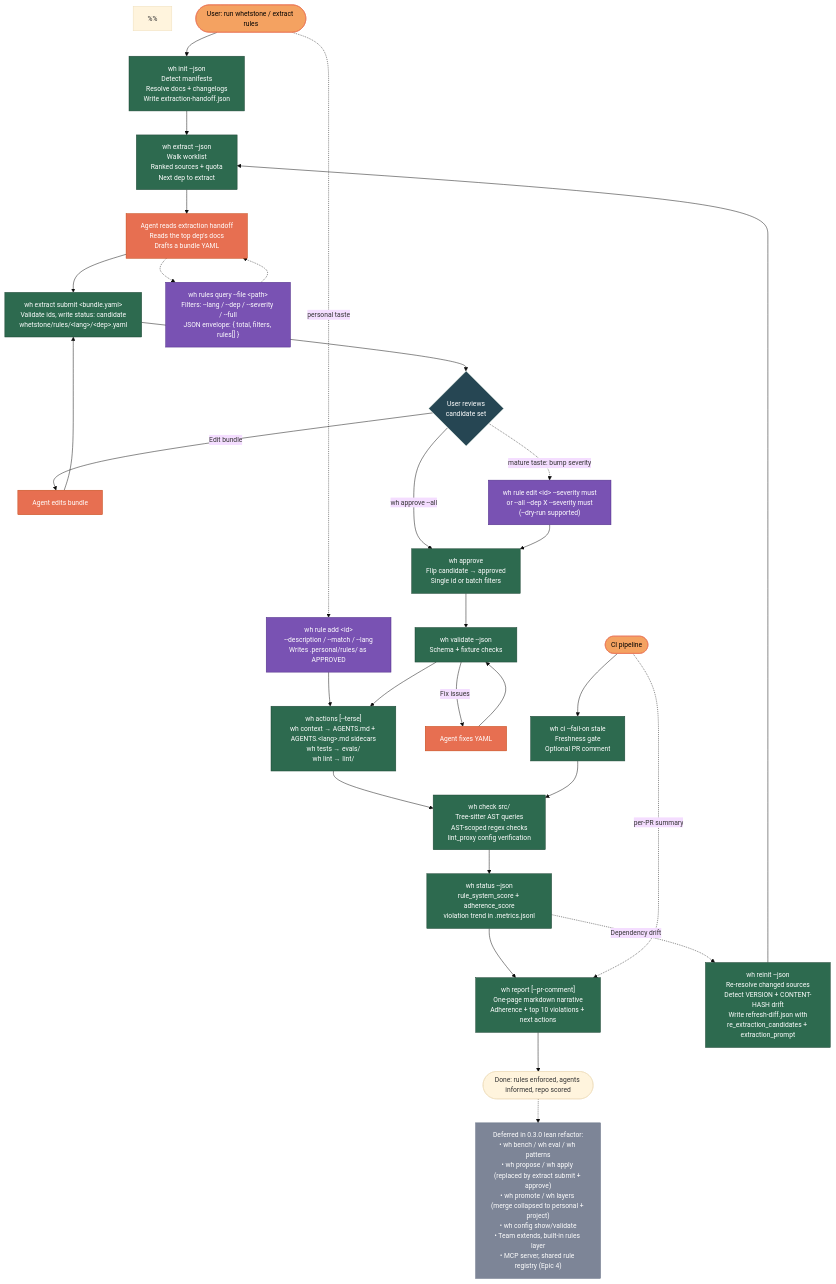
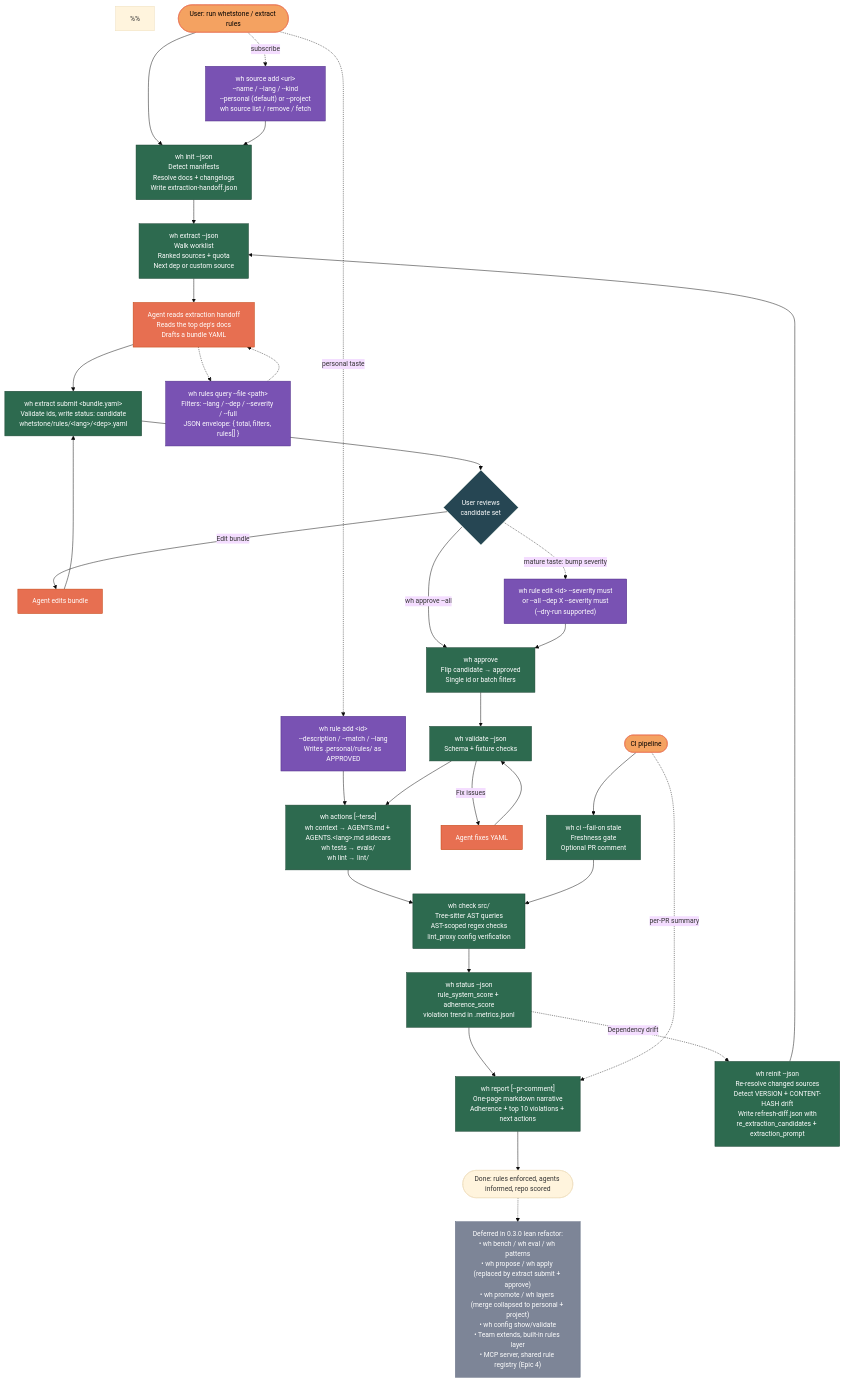
One commit to angusbezzina/whetstone changed the diagram in planning/whetstone-logic-flow.mmd. Above: the diagram before and after it, drawn with Mermaid. The commit also changed 10 other files, not shown here.

```diff
--- a/planning/whetstone-logic-flow.mmd
+++ b/planning/whetstone-logic-flow.mmd
@@ -1,72 +1,79 @@
 %%{ init: { "theme": "base", "themeVariables": { "fontSize": "14px" } } }%%
 flowchart TD
     %% ═══════════════════════════════════════
     %% WHETSTONE — LOGIC FLOW (post Epic 3E, [Unreleased] → 0.4.0)
     %%
     %% Green  = Binary (shipped deterministic commands)
     %% Orange = Agent  (judgment via SKILL.md)
     %% Blue   = User   (approval / preference decisions)
     %% Purple = JIT side-channel + authoring shortcuts (Epic 3E)
     %% Grey   = Deferred / future
     %% ═══════════════════════════════════════
 
     START([User: run whetstone / extract rules]) --> INIT["wh init --json<br/>Detect manifests<br/>Resolve docs + changelogs<br/>Write extraction-handoff.json"]
 
-    INIT --> EXTRACT["wh extract --json<br/>Walk worklist<br/>Ranked sources + quota<br/>Next dep to extract"]
+    %% Custom source subscriptions (post-3E, whetstone-gpe) — blogs, wikis,
+    %% llms.txt, internal docs. They appear in the extraction worklist
+    %% alongside detected deps.
+    SOURCE_ADD["wh source add &lt;url&gt;<br/>--name / --lang / --kind<br/>--personal (default) or --project<br/>wh source list / remove / fetch"]
+    START -.->|subscribe| SOURCE_ADD
+    SOURCE_ADD --> INIT
+
+    INIT --> EXTRACT["wh extract --json<br/>Walk worklist<br/>Ranked sources + quota<br/>Next dep or custom source"]
 
     EXTRACT --> AGENT_EXTRACT["Agent reads extraction handoff<br/>Reads the top dep's docs<br/>Drafts a bundle YAML"]
 
     AGENT_EXTRACT --> SUBMIT["wh extract submit &lt;bundle.yaml&gt;<br/>Validate ids, write status: candidate<br/>whetstone/rules/&lt;lang&gt;/&lt;dep&gt;.yaml"]
 
     %% Authoring shortcut (Epic 3E) — skips extract/submit for personal prefs
     AUTHOR_SHORT["wh rule add &lt;id&gt;<br/>--description / --match / --lang<br/>Writes .personal/rules/ as APPROVED"]
     START -.->|personal taste| AUTHOR_SHORT
     AUTHOR_SHORT --> ACTIONS
 
     SUBMIT --> USER{"User reviews<br/>candidate set"}
 
     USER -->|wh approve --all| APPROVE["wh approve<br/>Flip candidate → approved<br/>Single id or batch filters"]
     USER -->|Edit bundle| AGENT_EDIT["Agent edits bundle"] --> SUBMIT
     USER -.->|mature taste: bump severity| RULE_EDIT["wh rule edit &lt;id&gt; --severity must<br/>or --all --dep X --severity must<br/>(--dry-run supported)"]
     RULE_EDIT --> APPROVE
 
     APPROVE --> VALIDATE["wh validate --json<br/>Schema + fixture checks"]
     VALIDATE -->|Fix issues| AGENT_FIX["Agent fixes YAML"] --> VALIDATE
     VALIDATE --> ACTIONS["wh actions [--terse]<br/>wh context → AGENTS.md + AGENTS.&lt;lang&gt;.md sidecars<br/>wh tests → evals/<br/>wh lint → lint/"]
 
     ACTIONS --> CHECK["wh check src/<br/>Tree-sitter AST queries<br/>AST-scoped regex checks<br/>lint_proxy config verification"]
     CHECK --> STATUS["wh status --json<br/>rule_system_score + adherence_score<br/>violation trend in .metrics.jsonl"]
     STATUS --> REPORT["wh report [--pr-comment]<br/>One-page markdown narrative<br/>Adherence + top 10 violations + next actions"]
     REPORT --> DONE([Done: rules enforced, agents informed, repo scored])
 
     %% JIT side-channel (Epic 3E) — agents prefer this over re-scanning AGENTS.md
     RULES_QUERY["wh rules query --file &lt;path&gt;<br/>Filters: --lang / --dep / --severity / --full<br/>JSON envelope: { total, filters, rules[] }"]
     AGENT_EXTRACT -.-> RULES_QUERY
     RULES_QUERY -.-> AGENT_EXTRACT
 
     %% Refresh loop — now carries per-rule candidates + canned prompt
     STATUS -.->|Dependency drift| REINIT["wh reinit --json<br/>Re-resolve changed sources<br/>Detect VERSION + CONTENT-HASH drift<br/>Write refresh-diff.json with<br/>re_extraction_candidates + extraction_prompt"]
     REINIT --> EXTRACT
 
     %% CI path
     CI_START([CI pipeline]) --> CI["wh ci --fail-on stale<br/>Freshness gate<br/>Optional PR comment"]
     CI --> CHECK
     CI_START -.->|per-PR summary| REPORT
 
     %% Deferred / future
     DONE -.-> FUTURE["Deferred in 0.3.0 lean refactor:<br/>• wh bench / wh eval / wh patterns<br/>• wh propose / wh apply (replaced by extract submit + approve)<br/>• wh promote / wh layers (merge collapsed to personal + project)<br/>• wh config show/validate<br/>• Team extends, built-in rules layer<br/>• MCP server, shared rule registry (Epic 4)"]
 
     %% Styling
     classDef binary fill:#2d6a4f,color:#fff,stroke:#1b4332
     classDef agent fill:#e76f51,color:#fff,stroke:#c1440e
     classDef user fill:#264653,color:#fff,stroke:#f1faee
     classDef jit fill:#7952b3,color:#fff,stroke:#4c2a85
     classDef future fill:#7d8597,color:#fff,stroke:#5c677d
     classDef start fill:#f4a261,color:#000,stroke:#e76f51
 
     class INIT,EXTRACT,SUBMIT,APPROVE,VALIDATE,ACTIONS,CHECK,STATUS,REPORT,REINIT,CI binary
     class AGENT_EXTRACT,AGENT_EDIT,AGENT_FIX agent
     class USER user
-    class RULES_QUERY,AUTHOR_SHORT,RULE_EDIT jit
+    class RULES_QUERY,AUTHOR_SHORT,RULE_EDIT,SOURCE_ADD jit
     class FUTURE future
     class START,CI_START start
```
